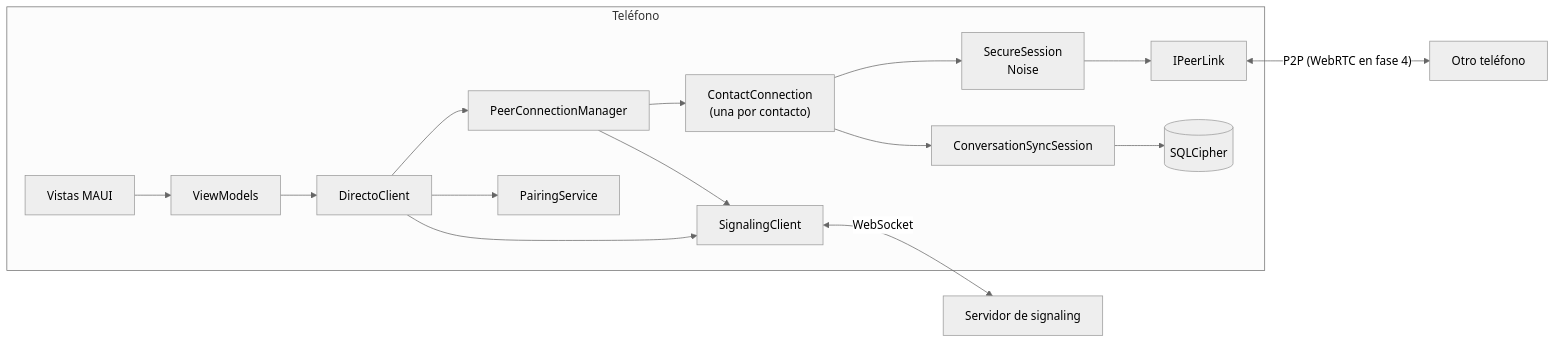
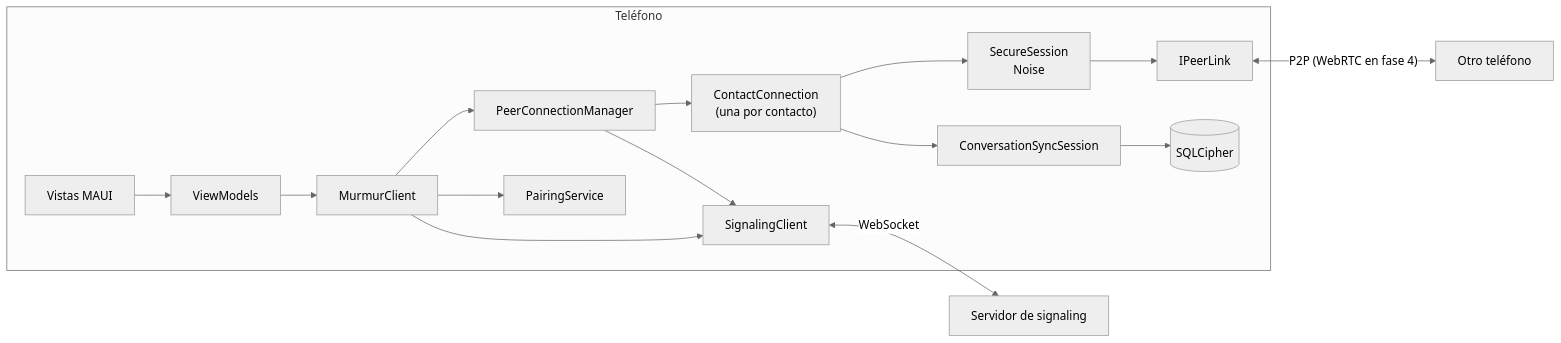
One commit to fsoftt/Murmur changed the third of 4 diagrams in website/guide/architecture.md. Above: the diagram before and after it, drawn with Mermaid (neutral theme). The commit also changed other lines of this file and 379 other files, not shown here.

````diff
--- a/website/guide/architecture.md
+++ b/website/guide/architecture.md
@@ -76,18 +76,18 @@
 ```mermaid
 flowchart LR
     subgraph Teléfono
       UI[Vistas MAUI] --> VM[ViewModels]
-      VM --> DC[DirectoClient]
+      VM --> DC[MurmurClient]
       DC --> PCM[PeerConnectionManager]
       PCM --> CC1["ContactConnection<br/>(una por contacto)"]
       CC1 --> SS[SecureSession<br/>Noise]
       SS --> L[IPeerLink]
       CC1 --> CSS[ConversationSyncSession]
       CSS --> DB[(SQLCipher)]
       DC --> PS[PairingService]
       DC --> SC[SignalingClient]
       PCM --> SC
     end
     SC <-- WebSocket --> SRV[Servidor de signaling]
     L <-- "P2P (WebRTC en fase 4)" --> OTRO[Otro teléfono]
 ```
````
